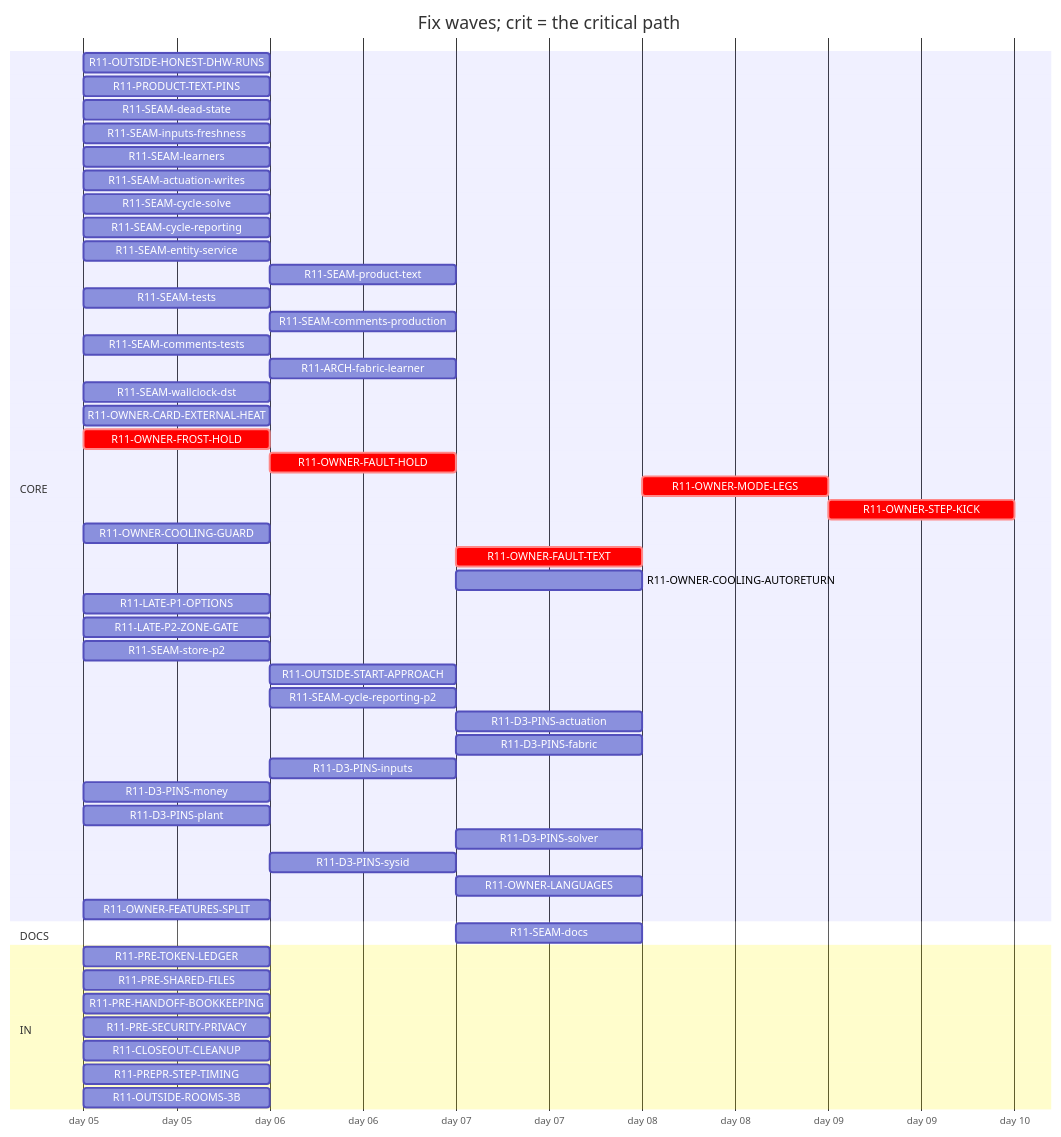
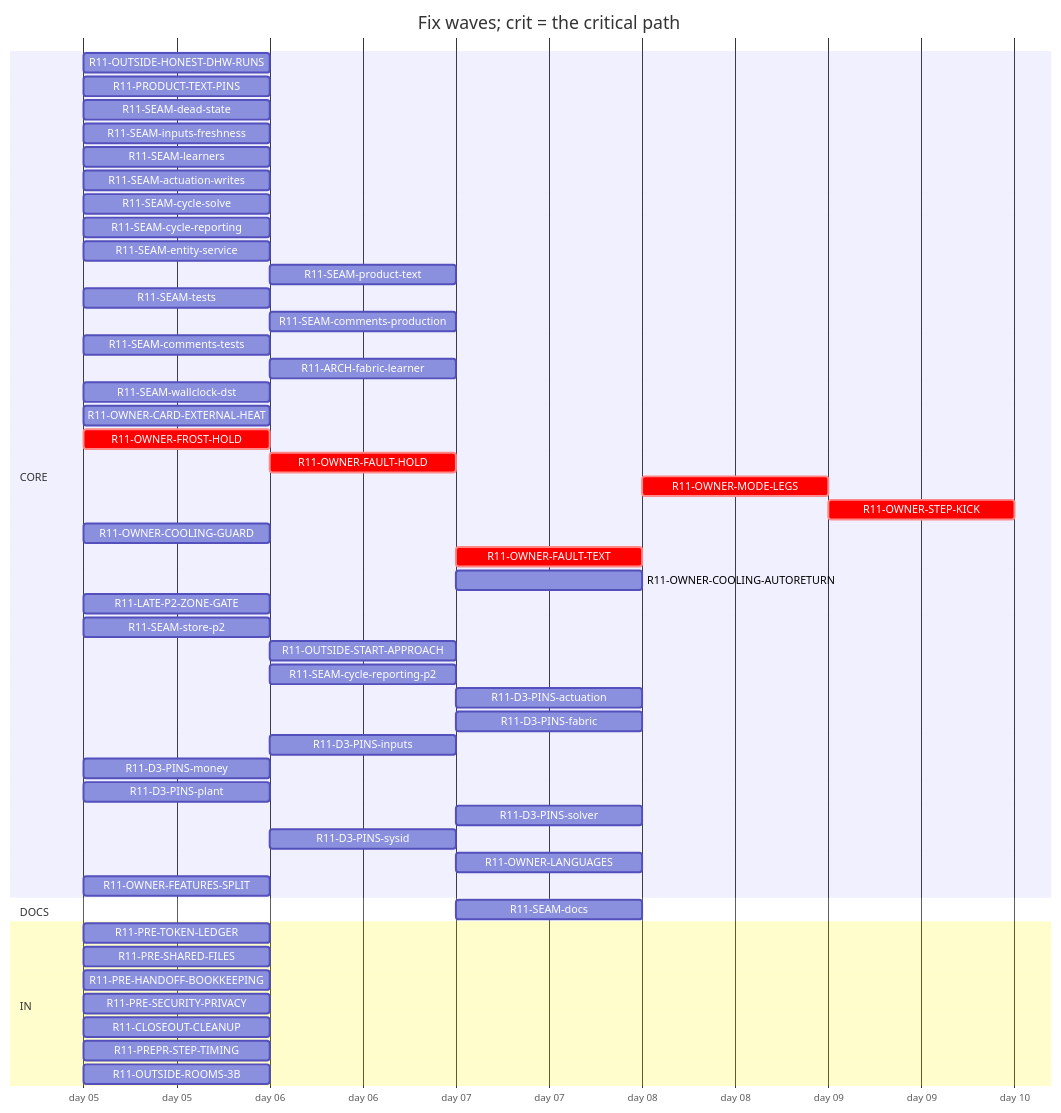
Before and after one commit to tvofi/heatpump_optimizer: the diagram in handoff/round11/state/PLAN-TABLE.md, drawn with Mermaid. The commit also changed other lines of this file and 4 other files, not shown here.

Commit message:
state: FLOW-BOARD.md, NEXT-SESSION-PROMPT.md, PLAN-TABLE.md, PLAN.html, RESUME-CURRENT.md regenerated (state_docs.py)

````diff
--- a/handoff/round11/state/PLAN-TABLE.md
+++ b/handoff/round11/state/PLAN-TABLE.md
@@ -16,54 +16,53 @@
 ```mermaid
 gantt
   title Fix waves; crit = the critical path
   dateFormat YYYY-MM-DD
   axisFormat day %d
   section CORE
     R11-OUTSIDE-HONEST-DHW-RUNS :r11OUTSIDEHONESTDHWRUNS, 2026-01-05, 1d
     R11-PRODUCT-TEXT-PINS :r11PRODUCTTEXTPINS, 2026-01-05, 1d
     R11-SEAM-dead-state :r11SEAMdeadstate, 2026-01-05, 1d
     R11-SEAM-inputs-freshness :r11SEAMinputsfreshness, 2026-01-05, 1d
     R11-SEAM-learners :r11SEAMlearners, 2026-01-05, 1d
     R11-SEAM-actuation-writes :r11SEAMactuationwrites, 2026-01-05, 1d
     R11-SEAM-cycle-solve :r11SEAMcyclesolve, 2026-01-05, 1d
     R11-SEAM-cycle-reporting :r11SEAMcyclereporting, 2026-01-05, 1d
     R11-SEAM-entity-service :r11SEAMentityservice, 2026-01-05, 1d
     R11-SEAM-product-text :r11SEAMproducttext, after r11SEAMactuationwrites r11SEAMentityservice r11SEAMinputsfreshness r11SEAMcyclesolve r11SEAMcyclereporting, 1d
     R11-SEAM-tests :r11SEAMtests, 2026-01-05, 1d
     R11-SEAM-comments-production :r11SEAMcommentsproduction, after r11SEAMactuationwrites r11SEAMentityservice r11SEAMinputsfreshness r11SEAMcyclesolve r11SEAMcyclereporting, 1d
     R11-SEAM-comments-tests :r11SEAMcommentstests, 2026-01-05, 1d
     R11-ARCH-fabric-learner :r11ARCHfabriclearner, after r11SEAMlearners, 1d
     R11-SEAM-wallclock-dst :r11SEAMwallclockdst, 2026-01-05, 1d
     R11-OWNER-CARD-EXTERNAL-HEAT :r11OWNERCARDEXTERNALHEAT, 2026-01-05, 1d
     R11-OWNER-FROST-HOLD :crit, r11OWNERFROSTHOLD, 2026-01-05, 1d
     R11-OWNER-FAULT-HOLD :crit, r11OWNERFAULTHOLD, after r11OWNERFROSTHOLD, 1d
     R11-OWNER-MODE-LEGS :crit, r11OWNERMODELEGS, after r11OWNERFAULTTEXT, 1d
     R11-OWNER-STEP-KICK :crit, r11OWNERSTEPKICK, after r11OWNERMODELEGS, 1d
     R11-OWNER-COOLING-GUARD :r11OWNERCOOLINGGUARD, 2026-01-05, 1d
     R11-OWNER-FAULT-TEXT :crit, r11OWNERFAULTTEXT, after r11OWNERFAULTHOLD, 1d
     R11-OWNER-COOLING-AUTORETURN :r11OWNERCOOLINGAUTORETURN, after r11OWNERCOOLINGGUARD r11OWNERFAULTHOLD, 1d
-    R11-LATE-P1-OPTIONS :r11LATEP1OPTIONS, 2026-01-05, 1d
     R11-LATE-P2-ZONE-GATE :r11LATEP2ZONEGATE, 2026-01-05, 1d
     R11-SEAM-store-p2 :r11SEAMstorep2, 2026-01-05, 1d
     R11-OUTSIDE-START-APPROACH :r11OUTSIDESTARTAPPROACH, after r11OUTSIDEHONESTDHWRUNS r11SEAMlearners, 1d
     R11-SEAM-cycle-reporting-p2 :r11SEAMcyclereportingp2, after r11SEAMcyclereporting r11SEAMactuationwrites r11SEAMlearners, 1d
     R11-D3-PINS-actuation :r11D3PINSactuation, after r11SEAMactuationwrites r11OWNERFAULTHOLD, 1d
     R11-D3-PINS-fabric :r11D3PINSfabric, after r11ARCHfabriclearner r11SEAMcyclereporting r11OUTSIDESTARTAPPROACH, 1d
     R11-D3-PINS-inputs :r11D3PINSinputs, after r11SEAMinputsfreshness, 1d
     R11-D3-PINS-money :r11D3PINSmoney, 2026-01-05, 1d
     R11-D3-PINS-plant :r11D3PINSplant, 2026-01-05, 1d
     R11-D3-PINS-solver :r11D3PINSsolver, after r11OUTSIDESTARTAPPROACH r11SEAMcyclereporting, 1d
     R11-D3-PINS-sysid :r11D3PINSsysid, after r11SEAMlearners, 1d
     R11-OWNER-LANGUAGES :r11OWNERLANGUAGES, after r11SEAMproducttext, 1d
     R11-OWNER-FEATURES-SPLIT :r11OWNERFEATURESSPLIT, 2026-01-05, 1d
   section DOCS
     R11-SEAM-docs :r11SEAMdocs, after r11SEAMlearners r11SEAMactuationwrites r11SEAMentityservice r11SEAMinputsfreshness r11SEAMcyclesolve r11SEAMcyclereporting r11SEAMproducttext, 1d
   section IN
     R11-PRE-TOKEN-LEDGER :r11PRETOKENLEDGER, 2026-01-05, 1d
     R11-PRE-SHARED-FILES :r11PRESHAREDFILES, 2026-01-05, 1d
     R11-PRE-HANDOFF-BOOKKEEPING :r11PREHANDOFFBOOKKEEPING, 2026-01-05, 1d
     R11-PRE-SECURITY-PRIVACY :r11PRESECURITYPRIVACY, 2026-01-05, 1d
     R11-CLOSEOUT-CLEANUP :r11CLOSEOUTCLEANUP, 2026-01-05, 1d
     R11-PREPR-STEP-TIMING :r11PREPRSTEPTIMING, 2026-01-05, 1d
     R11-OUTSIDE-ROOMS-3B :r11OUTSIDEROOMS3B, 2026-01-05, 1d
 ```
````
